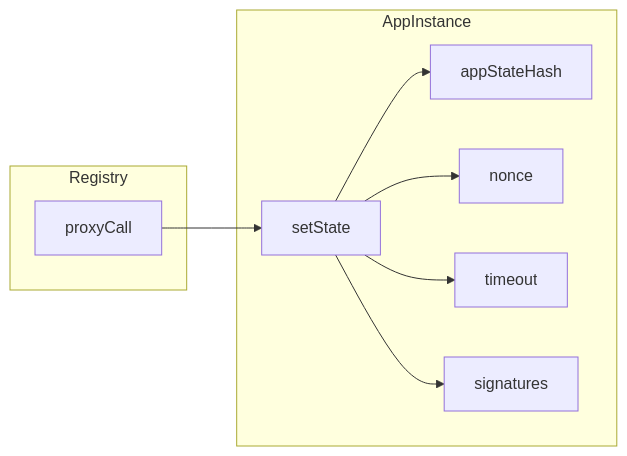
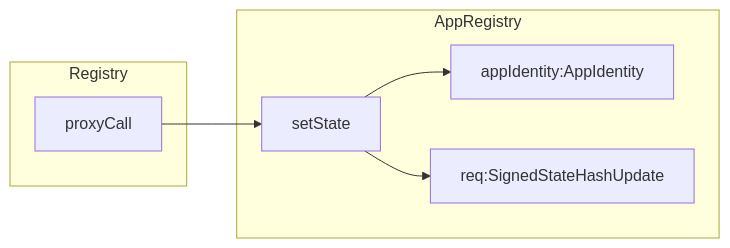
Before and after one commit to counterfactual/monorepo: the diagram in diagrams/setstate-protocol-commitment.mmd, drawn with Mermaid. The commit also changed 4 other files, not shown here.

First line of the commit message:
Update to reflect introduction of AppRegistry (#35)

```diff
--- a/diagrams/setstate-protocol-commitment.mmd
+++ b/diagrams/setstate-protocol-commitment.mmd
@@ -1,12 +1,10 @@
 graph LR
     subgraph Registry
         proxyCall
     end
-    subgraph AppInstance
+    subgraph AppRegistry
         setState
         proxyCall-->setState
-        setState-->appStateHash
-        setState-->nonce
-        setState-->timeout
-        setState-->signatures
+        setState-->appIdentity:AppIdentity
+        setState-->req:SignedStateHashUpdate
     end
```
